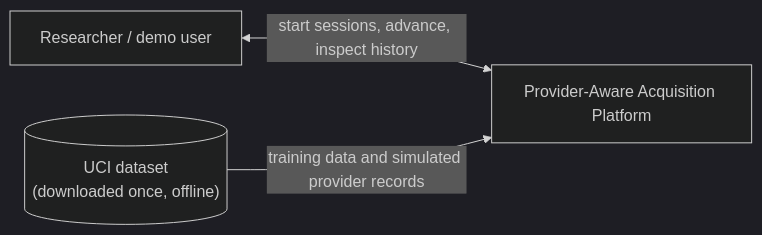
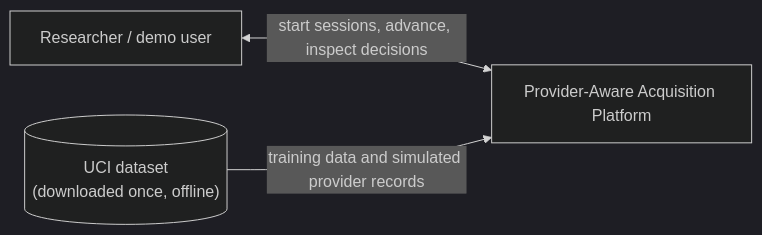
Before and after one commit to KseniiaMakarova/provider-aware-acquisition: the first of 8 diagrams in docs/architecture.md, drawn with Mermaid (dark theme). The commit also changed other lines of this file and 3 other files, not shown here.

````diff
--- a/docs/architecture.md
+++ b/docs/architecture.md
@@ -20,8 +21,8 @@
 ```mermaid
 flowchart LR
     R["Researcher / demo user"]
     P["Provider-Aware Acquisition Platform"]
     D[("UCI dataset<br/>(downloaded once, offline)")]
-    R <-->|"start sessions, advance, inspect history"| P
+    R <-->|"start sessions, advance, inspect decisions"| P
     D -->|"training data and simulated provider records"| P
 ```
````
